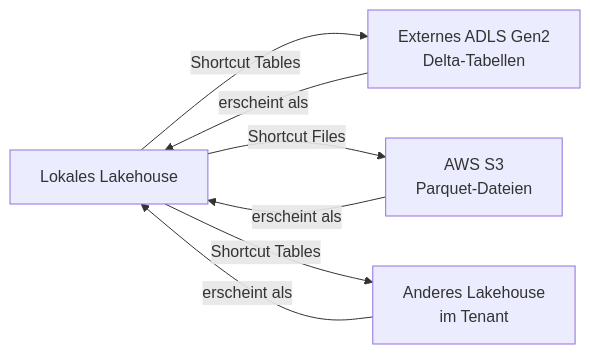
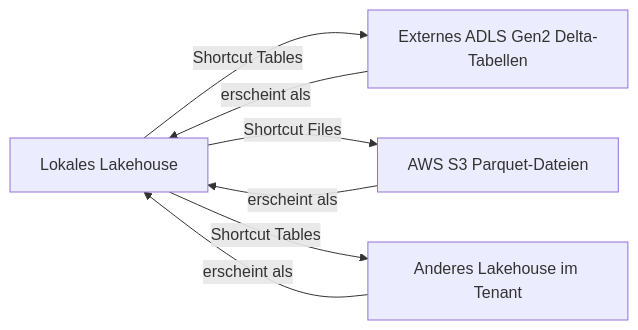
The third of 3 diagrams in Microsoft 365/Azure/Fabric/Fabric Lakehouse.md (SoniiiT/notes-n-docs), drawn with Mermaid before and after one commit. The commit also changed other lines of this file and 124 other files, not shown here.

First line of the commit message:
fix: Entferne \n aus allen Mermaid-Diagrammen (125 Dateien)

````diff
--- a/Microsoft 365/Azure/Fabric/Fabric Lakehouse.md
+++ b/Microsoft 365/Azure/Fabric/Fabric Lakehouse.md
@@ -327,11 +327,11 @@
 ```mermaid
 graph LR
     LH[Lokales Lakehouse]
-    LH -->|Shortcut Tables| EXT1[Externes ADLS Gen2\nDelta-Tabellen]
-    LH -->|Shortcut Files| EXT2[AWS S3\nParquet-Dateien]
-    LH -->|Shortcut Tables| OL2[Anderes Lakehouse\nim Tenant]
+    LH -->|Shortcut Tables| EXT1[Externes ADLS Gen2 Delta-Tabellen]
+    LH -->|Shortcut Files| EXT2[AWS S3 Parquet-Dateien]
+    LH -->|Shortcut Tables| OL2[Anderes Lakehouse im Tenant]
     
     EXT1 -->|erscheint als| LH
     EXT2 -->|erscheint als| LH
     OL2 -->|erscheint als| LH
 ```
````
